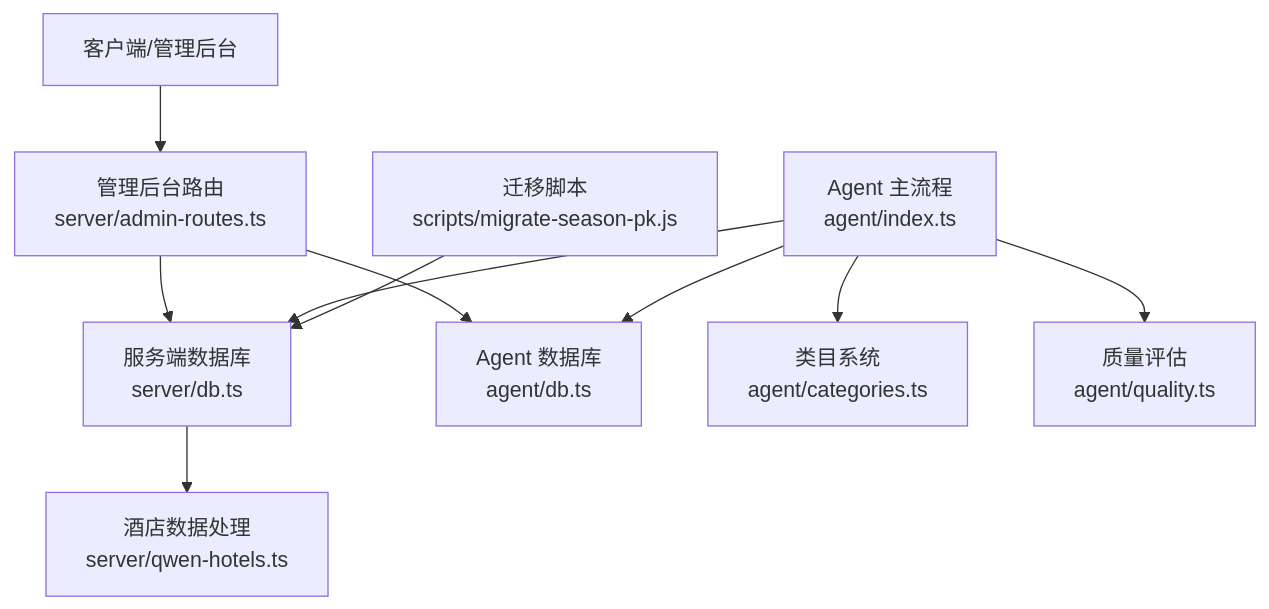
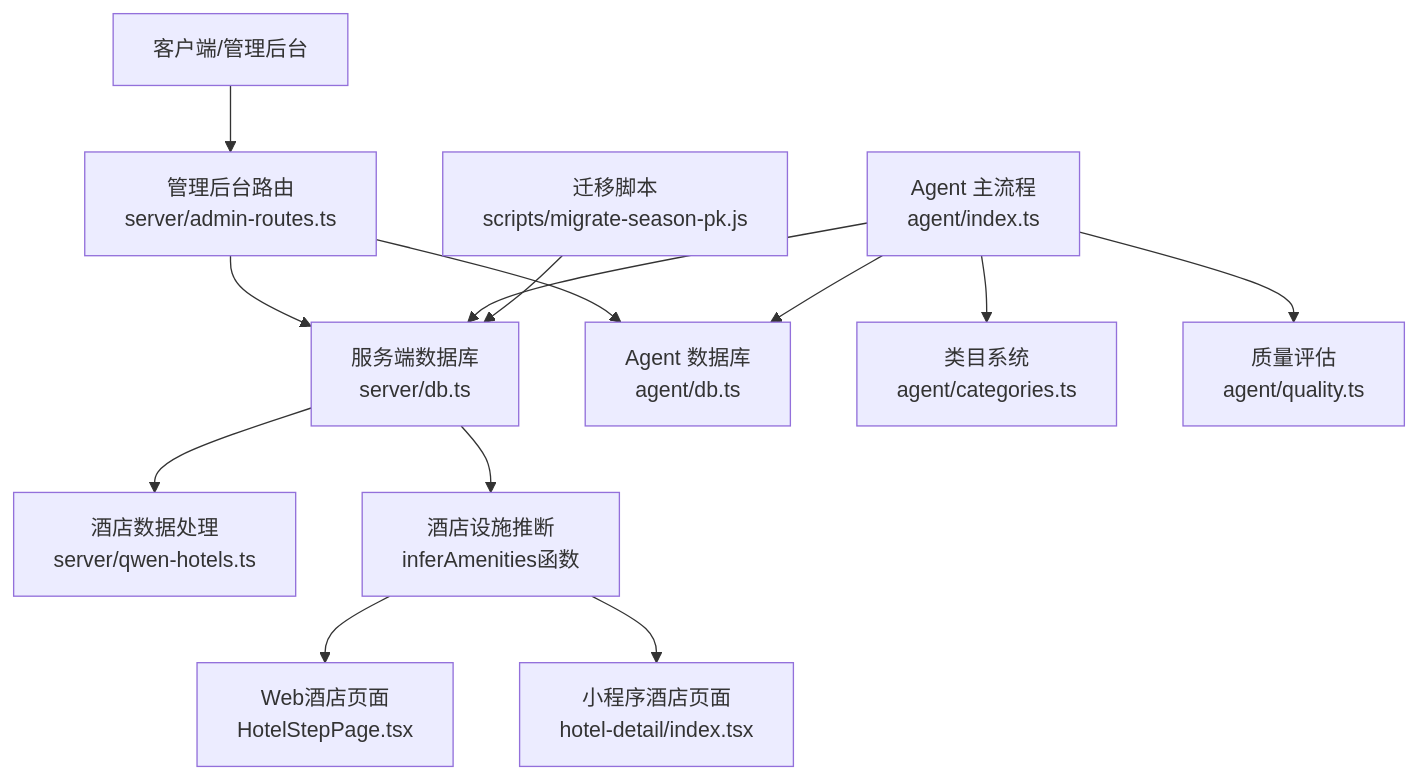
Before and after one commit to ititjjy/AITrip-plan: the second of 14 diagrams in .qoder/repowiki/zh/content/后端API架构/数据库层设计/数据库层设计.md, drawn with Mermaid. The commit also changed other lines of this file and 28 other files, not shown here.

````diff
--- a/.qoder/repowiki/zh/content/后端API架构/数据库层设计/数据库层设计.md
+++ b/.qoder/repowiki/zh/content/后端API架构/数据库层设计/数据库层设计.md
@@ -131,12 +159,15 @@
 ```mermaid
 graph TB
 Client["客户端/管理后台"] --> AdminRoutes["管理后台路由<br/>server/admin-routes.ts"]
 AdminRoutes --> S_DB["服务端数据库<br/>server/db.ts"]
 AdminRoutes --> A_DB["Agent 数据库<br/>agent/db.ts"]
 AgentProc["Agent 主流程<br/>agent/index.ts"] --> A_DB
 AgentProc --> A_Categories["类目系统<br/>agent/categories.ts"]
 AgentProc --> A_Quality["质量评估<br/>agent/quality.ts"]
 AgentProc --> S_DB
 S_DB --> S_Qwen["酒店数据处理<br/>server/qwen-hotels.ts"]
+S_DB --> InferAmenities["酒店设施推断<br/>inferAmenities函数"]
+InferAmenities --> WebHotel["Web酒店页面<br/>HotelStepPage.tsx"]
+InferAmenities --> MiniHotel["小程序酒店页面<br/>hotel-detail/index.tsx"]
 Scripts["迁移脚本<br/>scripts/migrate-season-pk.js"] --> S_DB
 ```
````
